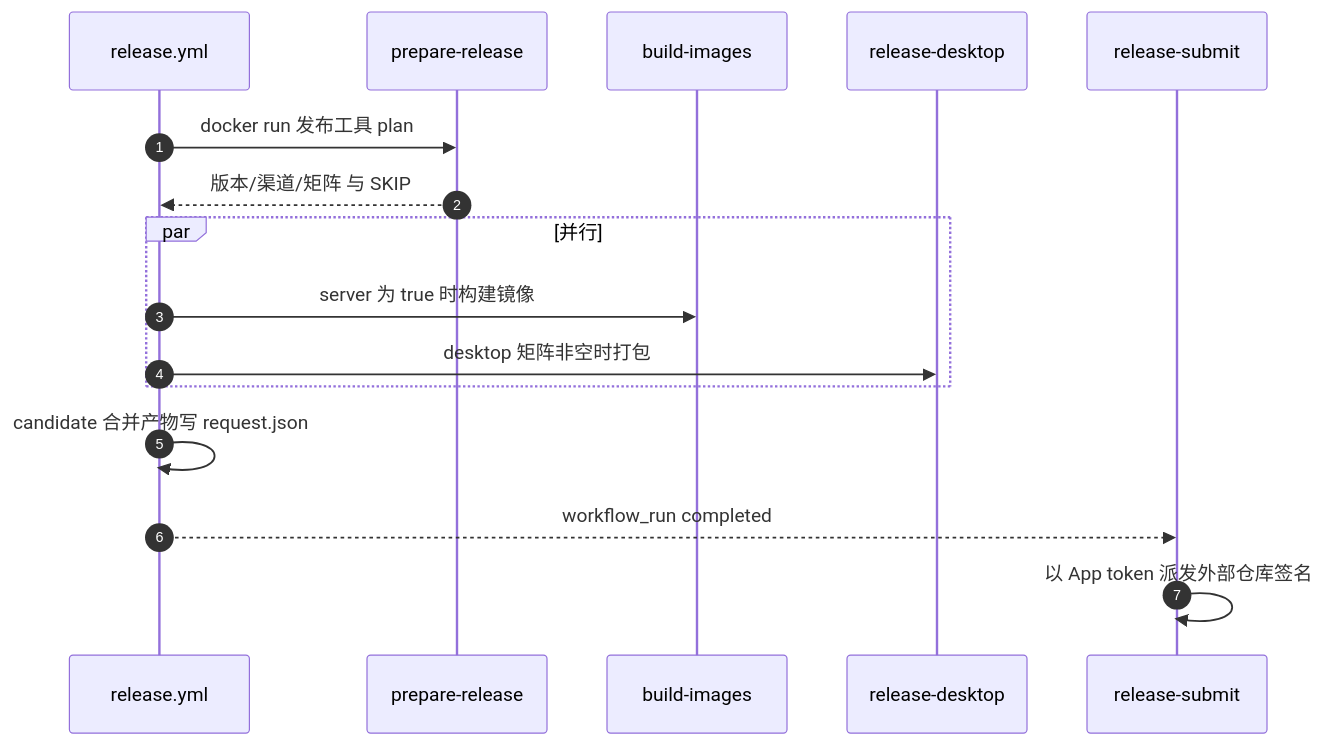
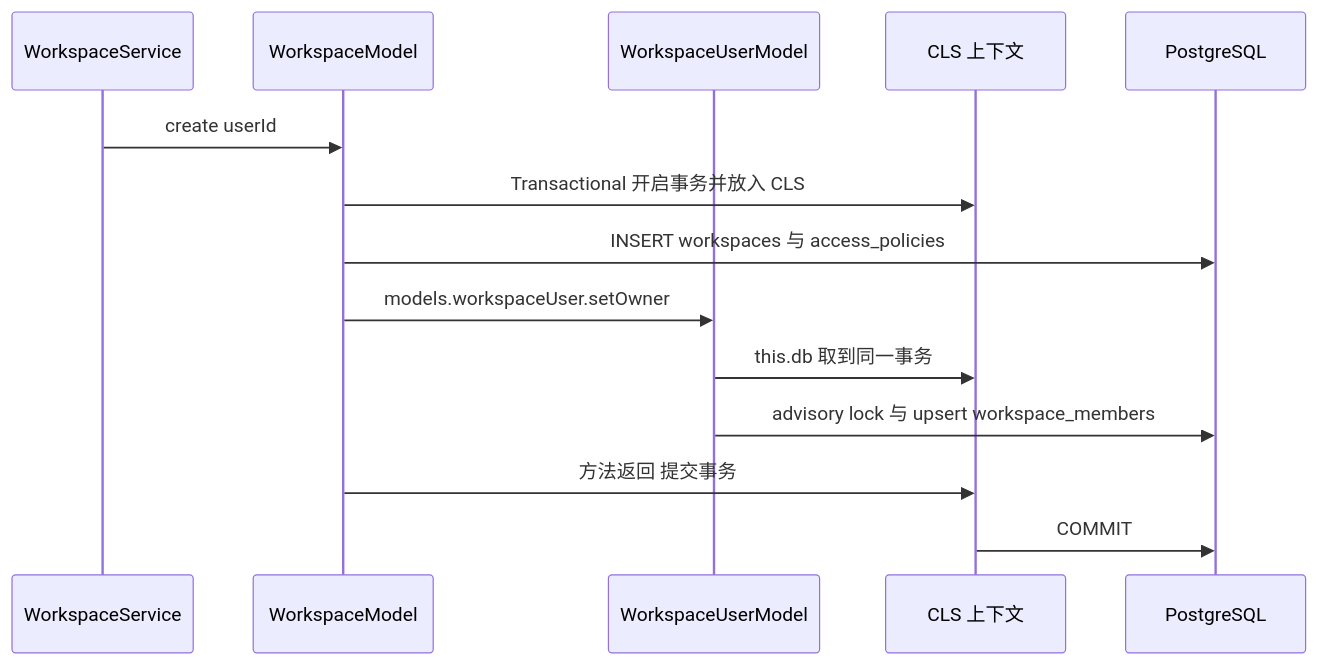
The sixth of 6 diagrams in learning-guide/slides/decks/26.md (lfire/AFFiNE), drawn with Mermaid before and after one commit. The commit also changed other lines of this file and 73 other files, not shown here.

````diff
--- a/learning-guide/slides/decks/26.md
+++ b/learning-guide/slides/decks/26.md
@@ -429,18 +458,16 @@
 ```mermaid
 sequenceDiagram
-  autonumber
-  participant R as release.yml
-  participant P as prepare-release
-  participant BI as build-images
-  participant RD as release-desktop
-  participant RS as release-submit
-  R->>P: docker run 发布工具 plan
-  P-->>R: 版本/渠道/矩阵 与 SKIP
-  par 并行
-    R->>BI: server 为 true 时构建镜像
-    R->>RD: desktop 矩阵非空时打包
-  end
-  R->>R: candidate 合并产物写 request.json
-  R-->>RS: workflow_run completed
-  RS->>RS: 以 App token 派发外部仓库签名
+  participant S as WorkspaceService
+  participant W as WorkspaceModel
+  participant U as WorkspaceUserModel
+  participant C as CLS 上下文
+  participant DB as PostgreSQL
+  S->>W: create userId
+  W->>C: Transactional 开启事务并放入 CLS
+  W->>DB: INSERT workspaces 与 access_policies
+  W->>U: models.workspaceUser.setOwner
+  U->>C: this.db 取到同一事务
+  U->>DB: advisory lock 与 upsert workspace_members
+  W->>C: 方法返回 提交事务
+  C->>DB: COMMIT
 ```
````
